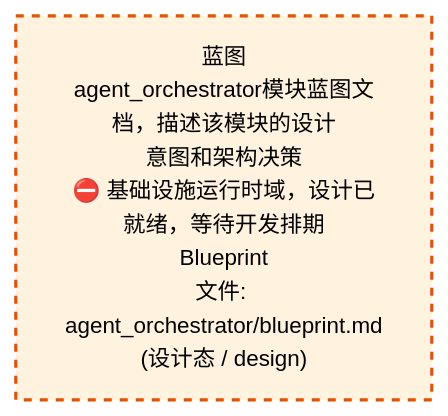
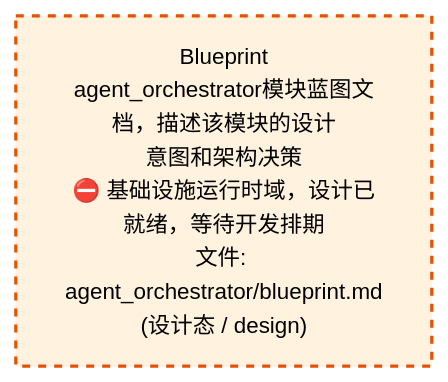
Before and after one commit to xuanFelixVan/ZephyrAlpha: the third of 4 diagrams in docs/02_enterprise_architecture/02_domain_architecture_docs/06_d_infra_runtime.md, drawn with Mermaid. The commit also changed other lines of this file and 51 other files, not shown here.

````diff
--- a/docs/02_enterprise_architecture/02_domain_architecture_docs/06_d_infra_runtime.md
+++ b/docs/02_enterprise_architecture/02_domain_architecture_docs/06_d_infra_runtime.md
@@ -1098,10 +1098,10 @@
 ```mermaid
 %%{init: {'theme': 'base', 'themeVariables': {'primaryColor': '#eaeaea', 'primaryTextColor': '#333333', 'primaryBorderColor': '#666666', 'lineColor': '#666666', 'secondaryColor': '#eaeaea', 'tertiaryColor': '#eaeaea', 'fontSize': '14px'}}}%%
 flowchart TD
-    docs_03_modules_cross_layer_agent_orchestrator_blueprint_md["蓝图<br/>agent_orchestrator模块蓝图文档，描述该模块的设计<br/>意图和架构决策<br/>⛔ 基础设施运行时域，设计已就绪，等待开发排期<br/>Blueprint<br/>文件: agent_orchestrator/blueprint.md<br/>(设计态 / design)"]
+    docs_03_modules_cross_layer_agent_orchestrator_blueprint_md["Blueprint<br/>agent_orchestrator模块蓝图文档，描述该模块的设计<br/>意图和架构决策<br/>⛔ 基础设施运行时域，设计已就绪，等待开发排期<br/>文件: agent_orchestrator/blueprint.md<br/>(设计态 / design)"]
     classDef production fill:#e1f5fe,stroke:#01579b,stroke-width:2px,color:#000
     classDef design fill:#fff3e0,stroke:#e65100,stroke-width:2px,color:#000,stroke-dasharray: 5 5
     classDef external_prod fill:#e8f4fd,stroke:#0277bd,stroke-width:1px,color:#000
     classDef external_design fill:#fff8e7,stroke:#ef6c00,stroke-width:1px,color:#000,stroke-dasharray: 5 5
     class docs_03_modules_cross_layer_agent_orchestrator_blueprint_md design
 ```
````
